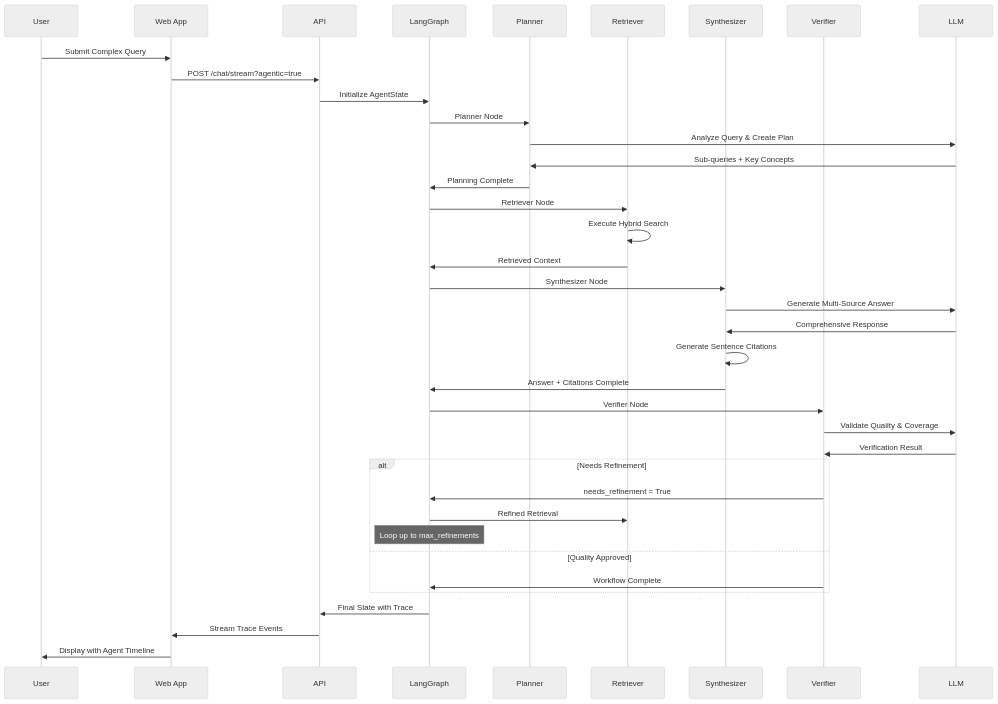
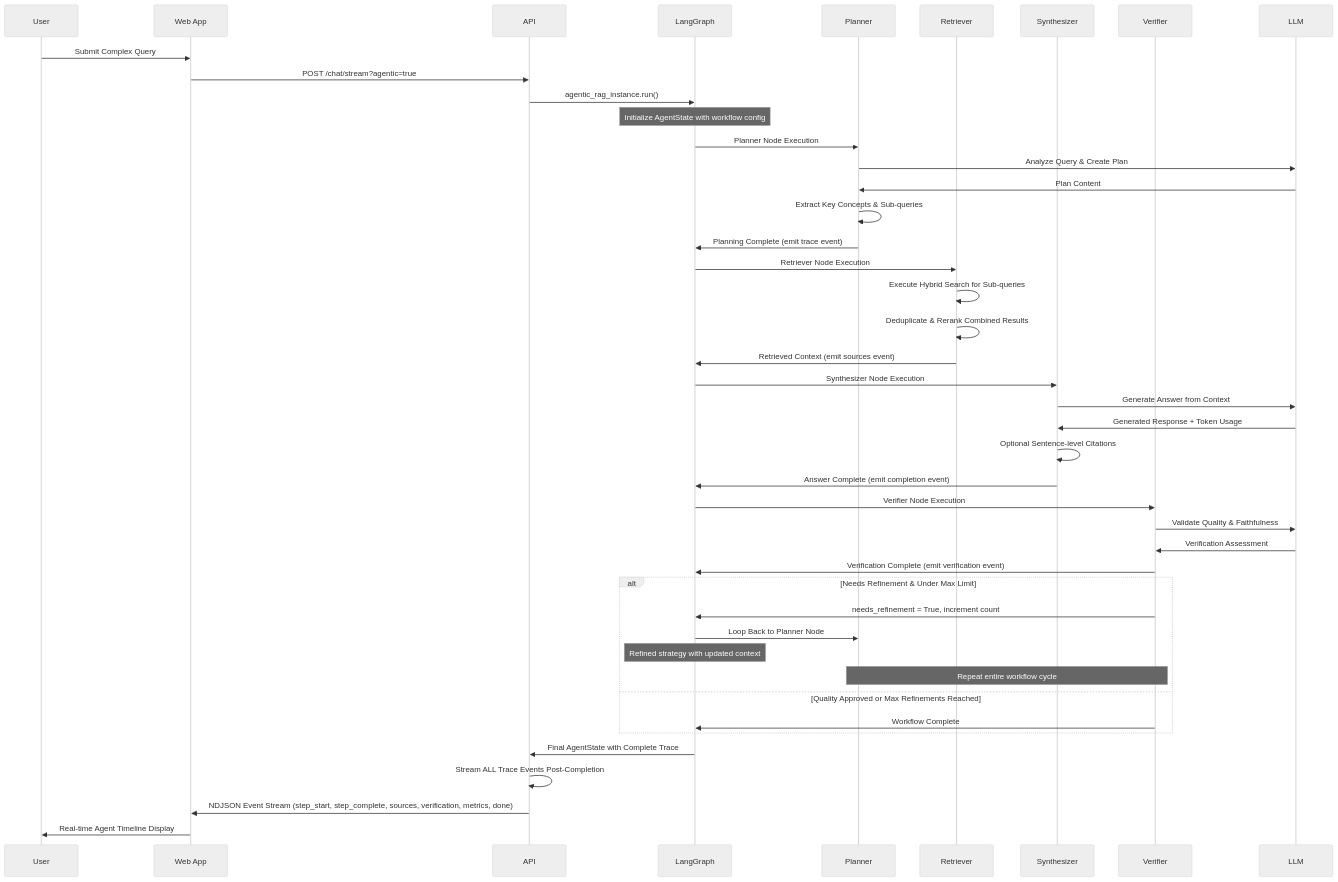
Before and after one commit to Marcussy34/maistorage: the fourth of 4 diagrams in docs/ARCHITECTURE.md, drawn with Mermaid (neutral theme).

````diff
--- a/docs/ARCHITECTURE.md
+++ b/docs/ARCHITECTURE.md
@@ -246,47 +246,53 @@
 ```mermaid
 sequenceDiagram
     participant U as User
     participant W as Web App
     participant A as API
     participant G as LangGraph
     participant P as Planner
     participant R as Retriever
     participant S as Synthesizer
     participant V as Verifier
     participant L as LLM
 
     U->>W: Submit Complex Query
     W->>A: POST /chat/stream?agentic=true
-    A->>G: Initialize AgentState
+    A->>G: agentic_rag_instance.run()
     
-    G->>P: Planner Node
+    Note over G: Initialize AgentState with workflow config
+    G->>P: Planner Node Execution
     P->>L: Analyze Query & Create Plan
-    L->>P: Sub-queries + Key Concepts
-    P->>G: Planning Complete
+    L->>P: Plan Content
+    P->>P: Extract Key Concepts & Sub-queries
+    P->>G: Planning Complete (emit trace event)
     
-    G->>R: Retriever Node  
-    R->>R: Execute Hybrid Search
-    R->>G: Retrieved Context
+    G->>R: Retriever Node Execution
+    R->>R: Execute Hybrid Search for Sub-queries
+    R->>R: Deduplicate & Rerank Combined Results
+    R->>G: Retrieved Context (emit sources event)
     
-    G->>S: Synthesizer Node
-    S->>L: Generate Multi-Source Answer
-    L->>S: Comprehensive Response
-    S->>S: Generate Sentence Citations
-    S->>G: Answer + Citations Complete
+    G->>S: Synthesizer Node Execution
+    S->>L: Generate Answer from Context
+    L->>S: Generated Response + Token Usage
+    S->>S: Optional Sentence-level Citations
+    S->>G: Answer Complete (emit completion event)
     
-    G->>V: Verifier Node
-    V->>L: Validate Quality & Coverage
-    L->>V: Verification Result
+    G->>V: Verifier Node Execution
+    V->>L: Validate Quality & Faithfulness
+    L->>V: Verification Assessment
+    V->>G: Verification Complete (emit verification event)
     
-    alt Needs Refinement
-        V->>G: needs_refinement = True
-        G->>R: Refined Retrieval
-        note over G: Loop up to max_refinements
-    else Quality Approved
+    alt Needs Refinement & Under Max Limit
+        V->>G: needs_refinement = True, increment count
+        G->>P: Loop Back to Planner Node
+        Note over G: Refined strategy with updated context
+        Note over P,V: Repeat entire workflow cycle
+    else Quality Approved or Max Refinements Reached
         V->>G: Workflow Complete
     end
     
-    G->>A: Final State with Trace
-    A->>W: Stream Trace Events
-    W->>U: Display with Agent Timeline
+    G->>A: Final AgentState with Complete Trace
+    A->>A: Stream ALL Trace Events Post-Completion
+    A->>W: NDJSON Event Stream (step_start, step_complete, sources, verification, metrics, done)
+    W->>U: Real-time Agent Timeline Display
 ```
````
